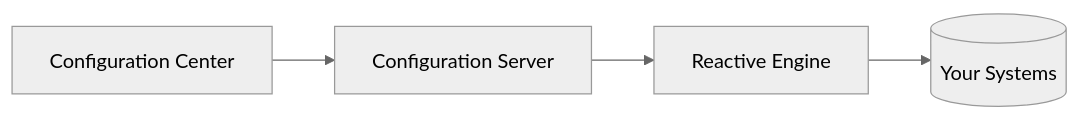
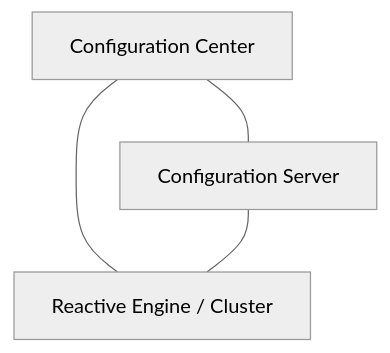
The diagram in docs/01-quickstart/01-what-is-layline-io.md (layline-io/layline-doc), drawn with Mermaid (neutral theme) before and after one commit. The commit also changed other lines of this file and 1 other file, not shown here.

````diff
--- a/docs/01-quickstart/01-what-is-layline-io.md
+++ b/docs/01-quickstart/01-what-is-layline-io.md
@@ -45,6 +40,6 @@
 ```mermaid
-graph LR
-    A[Configuration Center] --> B[Configuration Server]
-    B --> C[Reactive Engine]
-    C --> D[(Your Systems)]
+graph TD
+    A[Configuration Center] --- B[Configuration Server]
+    A --- C[Reactive Engine / Cluster]
+    B --- C
 ```
````
